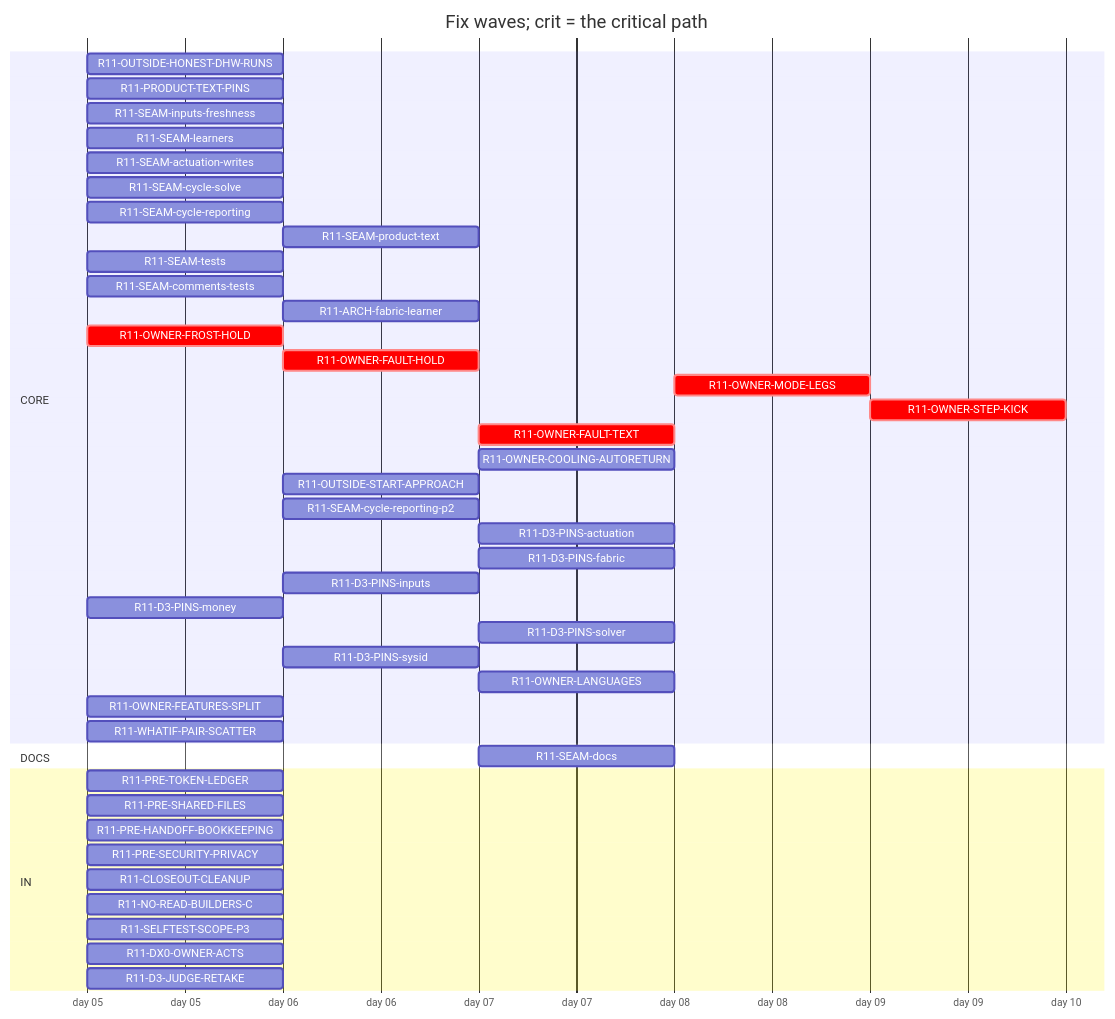
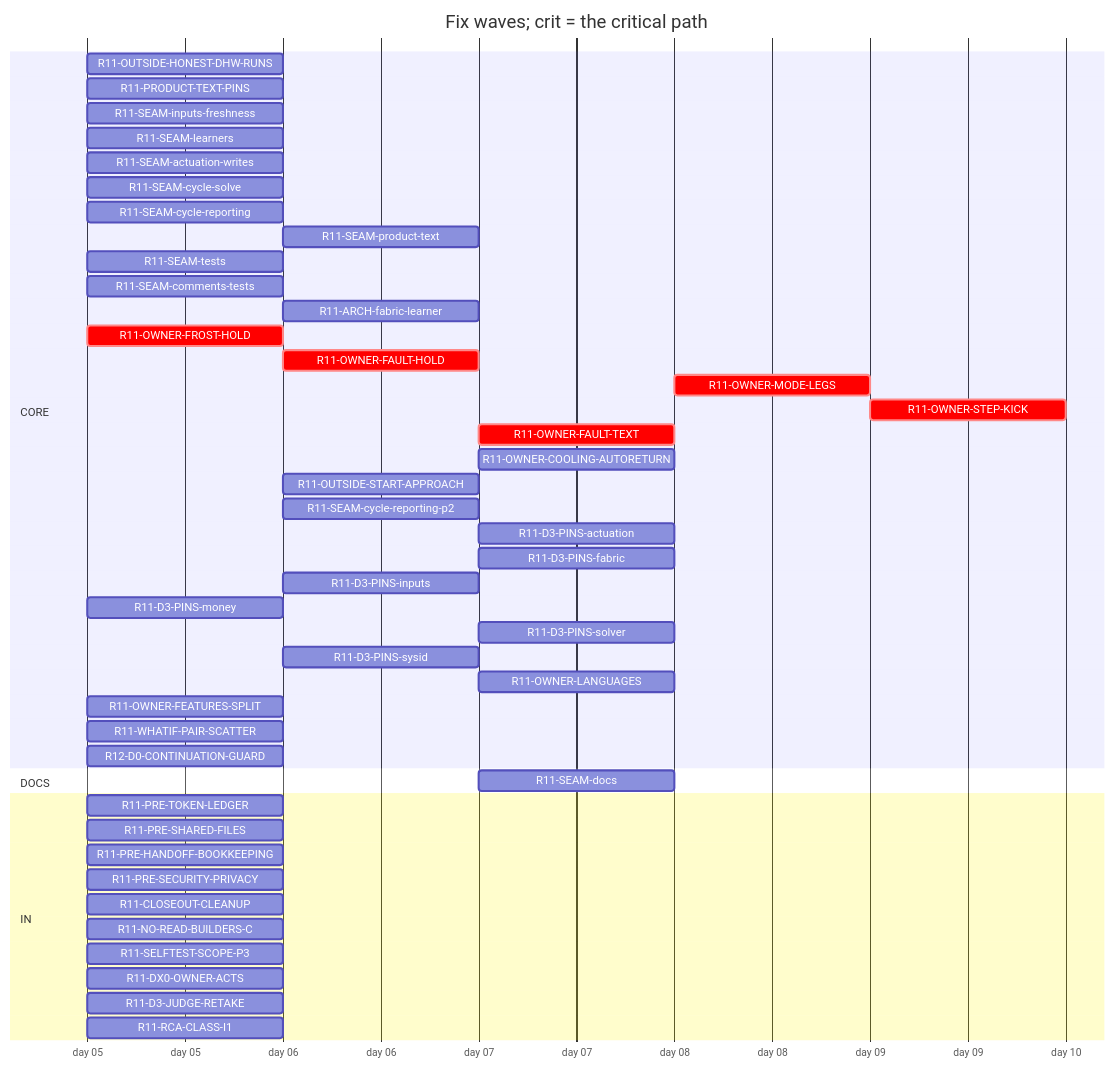
The diagram in handoff/round11/state/PLAN-TABLE.md (tvofi/heatpump_optimizer), drawn with Mermaid before and after one commit. The commit also changed other lines of this file and 4 other files, not shown here.

Commit message:
state: FLOW-BOARD.md, NEXT-SESSION-PROMPT.md, PLAN-TABLE.md, PLAN.html, RESUME-CURRENT.md regenerated (state_docs.py)

````diff
--- a/handoff/round11/state/PLAN-TABLE.md
+++ b/handoff/round11/state/PLAN-TABLE.md
@@ -16,47 +16,49 @@
 ```mermaid
 gantt
   title Fix waves; crit = the critical path
   dateFormat YYYY-MM-DD
   axisFormat day %d
   section CORE
     R11-OUTSIDE-HONEST-DHW-RUNS :r11OUTSIDEHONESTDHWRUNS, 2026-01-05, 1d
     R11-PRODUCT-TEXT-PINS :r11PRODUCTTEXTPINS, 2026-01-05, 1d
     R11-SEAM-inputs-freshness :r11SEAMinputsfreshness, 2026-01-05, 1d
     R11-SEAM-learners :r11SEAMlearners, 2026-01-05, 1d
     R11-SEAM-actuation-writes :r11SEAMactuationwrites, 2026-01-05, 1d
     R11-SEAM-cycle-solve :r11SEAMcyclesolve, 2026-01-05, 1d
     R11-SEAM-cycle-reporting :r11SEAMcyclereporting, 2026-01-05, 1d
     R11-SEAM-product-text :r11SEAMproducttext, after r11SEAMactuationwrites r11SEAMinputsfreshness r11SEAMcyclesolve r11SEAMcyclereporting, 1d
     R11-SEAM-tests :r11SEAMtests, 2026-01-05, 1d
     R11-SEAM-comments-tests :r11SEAMcommentstests, 2026-01-05, 1d
     R11-ARCH-fabric-learner :r11ARCHfabriclearner, after r11SEAMlearners, 1d
     R11-OWNER-FROST-HOLD :crit, r11OWNERFROSTHOLD, 2026-01-05, 1d
     R11-OWNER-FAULT-HOLD :crit, r11OWNERFAULTHOLD, after r11OWNERFROSTHOLD, 1d
     R11-OWNER-MODE-LEGS :crit, r11OWNERMODELEGS, after r11OWNERFAULTTEXT, 1d
     R11-OWNER-STEP-KICK :crit, r11OWNERSTEPKICK, after r11OWNERMODELEGS, 1d
     R11-OWNER-FAULT-TEXT :crit, r11OWNERFAULTTEXT, after r11OWNERFAULTHOLD, 1d
     R11-OWNER-COOLING-AUTORETURN :r11OWNERCOOLINGAUTORETURN, after r11OWNERFAULTHOLD, 1d
     R11-OUTSIDE-START-APPROACH :r11OUTSIDESTARTAPPROACH, after r11OUTSIDEHONESTDHWRUNS r11SEAMlearners, 1d
     R11-SEAM-cycle-reporting-p2 :r11SEAMcyclereportingp2, after r11SEAMcyclereporting r11SEAMactuationwrites r11SEAMlearners, 1d
     R11-D3-PINS-actuation :r11D3PINSactuation, after r11SEAMactuationwrites r11OWNERFAULTHOLD, 1d
     R11-D3-PINS-fabric :r11D3PINSfabric, after r11ARCHfabriclearner r11SEAMcyclereporting r11OUTSIDESTARTAPPROACH, 1d
     R11-D3-PINS-inputs :r11D3PINSinputs, after r11SEAMinputsfreshness, 1d
     R11-D3-PINS-money :r11D3PINSmoney, 2026-01-05, 1d
     R11-D3-PINS-solver :r11D3PINSsolver, after r11OUTSIDESTARTAPPROACH r11SEAMcyclereporting, 1d
     R11-D3-PINS-sysid :r11D3PINSsysid, after r11SEAMlearners, 1d
     R11-OWNER-LANGUAGES :r11OWNERLANGUAGES, after r11SEAMproducttext, 1d
     R11-OWNER-FEATURES-SPLIT :r11OWNERFEATURESSPLIT, 2026-01-05, 1d
     R11-WHATIF-PAIR-SCATTER :r11WHATIFPAIRSCATTER, 2026-01-05, 1d
+    R12-D0-CONTINUATION-GUARD :r12D0CONTINUATIONGUARD, 2026-01-05, 1d
   section DOCS
     R11-SEAM-docs :r11SEAMdocs, after r11SEAMlearners r11SEAMactuationwrites r11SEAMinputsfreshness r11SEAMcyclesolve r11SEAMcyclereporting r11SEAMproducttext, 1d
   section IN
     R11-PRE-TOKEN-LEDGER :r11PRETOKENLEDGER, 2026-01-05, 1d
     R11-PRE-SHARED-FILES :r11PRESHAREDFILES, 2026-01-05, 1d
     R11-PRE-HANDOFF-BOOKKEEPING :r11PREHANDOFFBOOKKEEPING, 2026-01-05, 1d
     R11-PRE-SECURITY-PRIVACY :r11PRESECURITYPRIVACY, 2026-01-05, 1d
     R11-CLOSEOUT-CLEANUP :r11CLOSEOUTCLEANUP, 2026-01-05, 1d
     R11-NO-READ-BUILDERS-C :r11NOREADBUILDERSC, 2026-01-05, 1d
     R11-SELFTEST-SCOPE-P3 :r11SELFTESTSCOPEP3, 2026-01-05, 1d
     R11-DX0-OWNER-ACTS :r11DX0OWNERACTS, 2026-01-05, 1d
     R11-D3-JUDGE-RETAKE :r11D3JUDGERETAKE, 2026-01-05, 1d
+    R11-RCA-CLASS-I1 :r11RCACLASSI1, 2026-01-05, 1d
 ```
````
